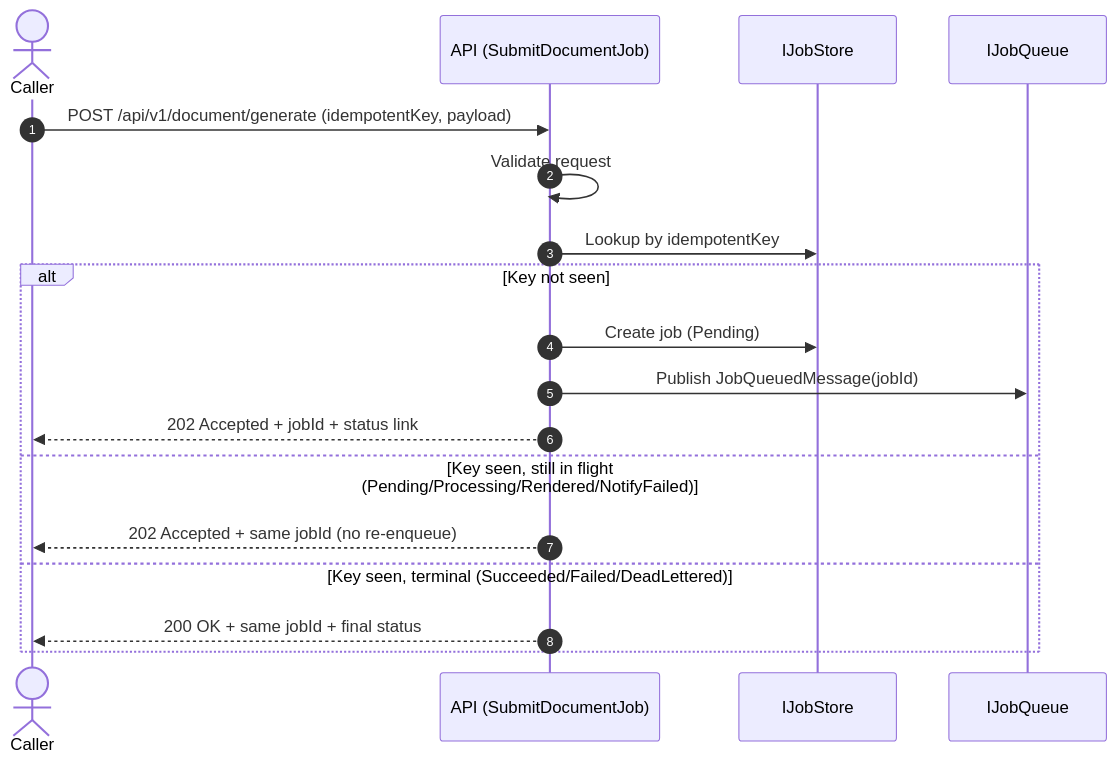
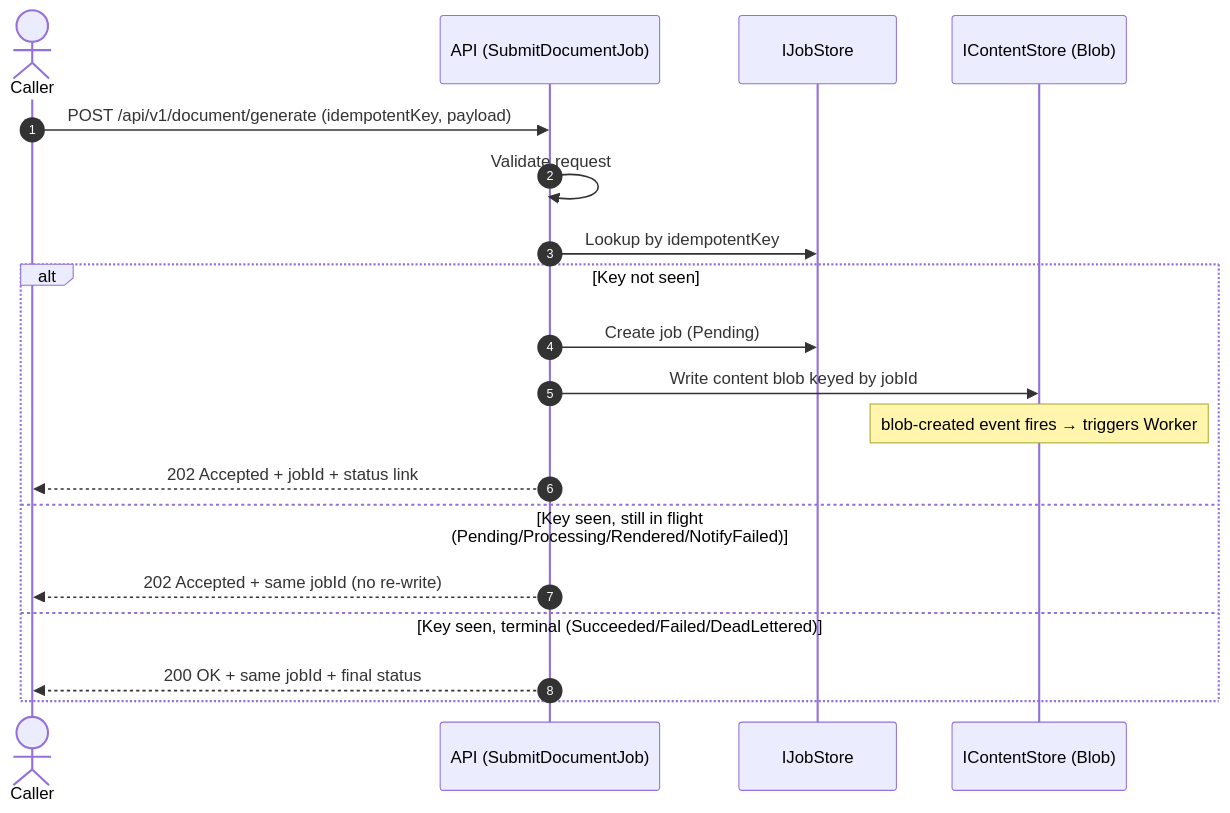
One commit to ctorresunimag95/Designs changed the second of 5 diagrams in PDFGenerator/pdf-generation-service-flow.md. Above: the diagram before and after it, drawn with Mermaid. The commit also changed other lines of this file and 1 other file, not shown here.

````diff
--- a/PDFGenerator/pdf-generation-service-flow.md
+++ b/PDFGenerator/pdf-generation-service-flow.md
@@ -37,21 +39,22 @@
 ```mermaid
 sequenceDiagram
     autonumber
     actor C as Caller
     participant A as API (SubmitDocumentJob)
     participant S as IJobStore
-    participant Q as IJobQueue
+    participant B as IContentStore (Blob)
 
     C->>A: POST /api/v1/document/generate (idempotentKey, payload)
     A->>A: Validate request
     A->>S: Lookup by idempotentKey
     alt Key not seen
         A->>S: Create job (Pending)
-        A->>Q: Publish JobQueuedMessage(jobId)
+        A->>B: Write content blob keyed by jobId
+        Note over B: blob-created event fires → triggers Worker
         A-->>C: 202 Accepted + jobId + status link
     else Key seen, still in flight (Pending/Processing/Rendered/NotifyFailed)
-        A-->>C: 202 Accepted + same jobId (no re-enqueue)
+        A-->>C: 202 Accepted + same jobId (no re-write)
     else Key seen, terminal (Succeeded/Failed/DeadLettered)
         A-->>C: 200 OK + same jobId + final status
     end
 ```
````
